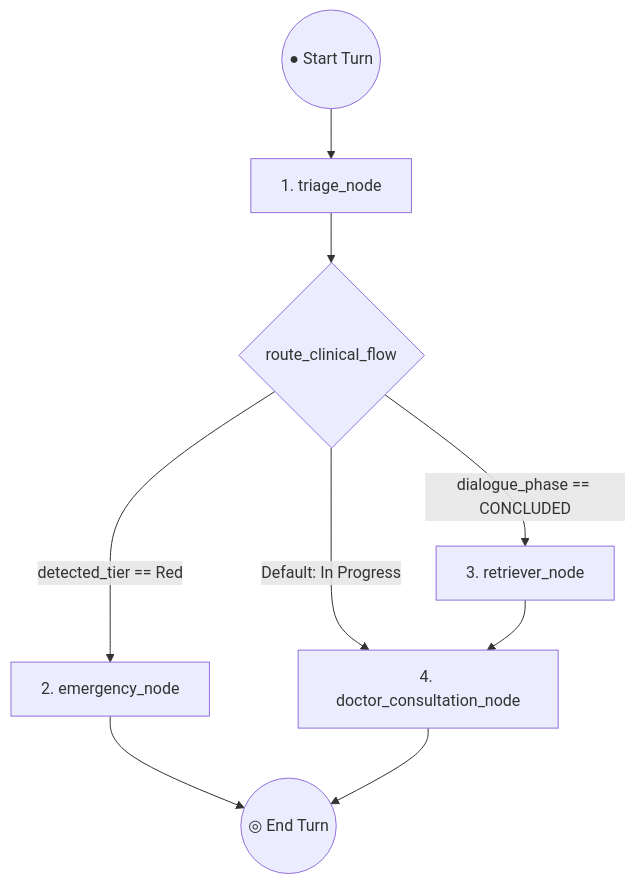
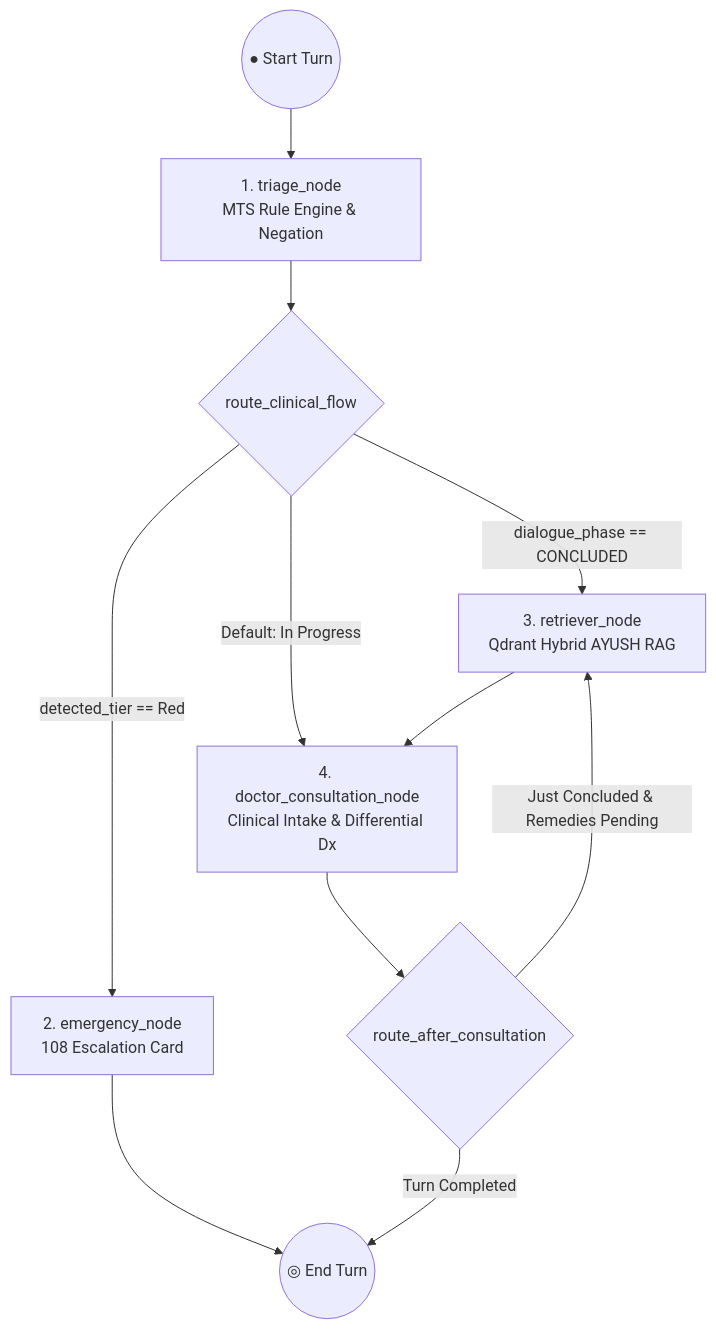
One commit to Sachinsingh198/Sanjeevani changed the first of 2 diagrams in Documentation/04_LANGGRAPH_AGENT_AND_DIALOGUE_FLOW.md. Above: the diagram before and after it, drawn with Mermaid. The commit also changed other lines of this file and 89 other files, not shown here.

````diff
--- a/Documentation/04_LANGGRAPH_AGENT_AND_DIALOGUE_FLOW.md
+++ b/Documentation/04_LANGGRAPH_AGENT_AND_DIALOGUE_FLOW.md
@@ -51,13 +51,16 @@
 ```mermaid
 graph TD
-    Start((● Start Turn)) --> TriageNode[1. triage_node]
+    Start((● Start Turn)) --> TriageNode[1. triage_node\nMTS Rule Engine & Negation]
     TriageNode --> Router{route_clinical_flow}
 
-    Router -->|detected_tier == Red| EmergencyNode[2. emergency_node]
-    Router -->|dialogue_phase == CONCLUDED| RetrieverNode[3. retriever_node]
-    Router -->|Default: In Progress| DoctorNode[4. doctor_consultation_node]
+    Router -->|detected_tier == Red| EmergencyNode[2. emergency_node\n108 Escalation Card]
+    Router -->|dialogue_phase == CONCLUDED| RetrieverNode[3. retriever_node\nQdrant Hybrid AYUSH RAG]
+    Router -->|Default: In Progress| DoctorNode[4. doctor_consultation_node\nClinical Intake & Differential Dx]
 
     RetrieverNode --> DoctorNode
     EmergencyNode --> EndTurn((◎ End Turn))
-    DoctorNode --> EndTurn
+    
+    DoctorNode --> PostDocRouter{route_after_consultation}
+    PostDocRouter -->|Just Concluded & Remedies Pending| RetrieverNode
+    PostDocRouter -->|Turn Completed| EndTurn
 ```
````
